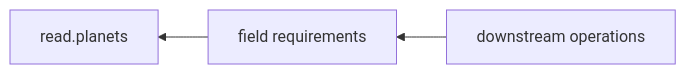
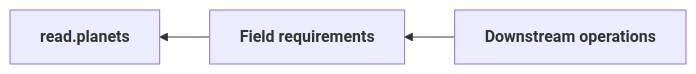
One commit to FAST-HEP/fasthep-flow changed the second of 2 diagrams in docs/extending/sources.md. Above: the diagram before and after it, drawn with Mermaid. The commit also changed other lines of this file and 9 other files, not shown here.

````diff
--- a/docs/extending/sources.md
+++ b/docs/extending/sources.md
@@ -201,8 +201,8 @@
 ```{mermaid}
 flowchart RL
-    Operations["downstream operations"]
-    Requirements["field requirements"]
-    Source["read.planets"]
+    Operations["<b>Downstream operations</b>"]:::transform
+    Requirements["<b>Field requirements</b>"]:::flow
+    Source["<b>read.planets</b>"]:::source
 
     Operations --> Requirements --> Source
 ```
````
